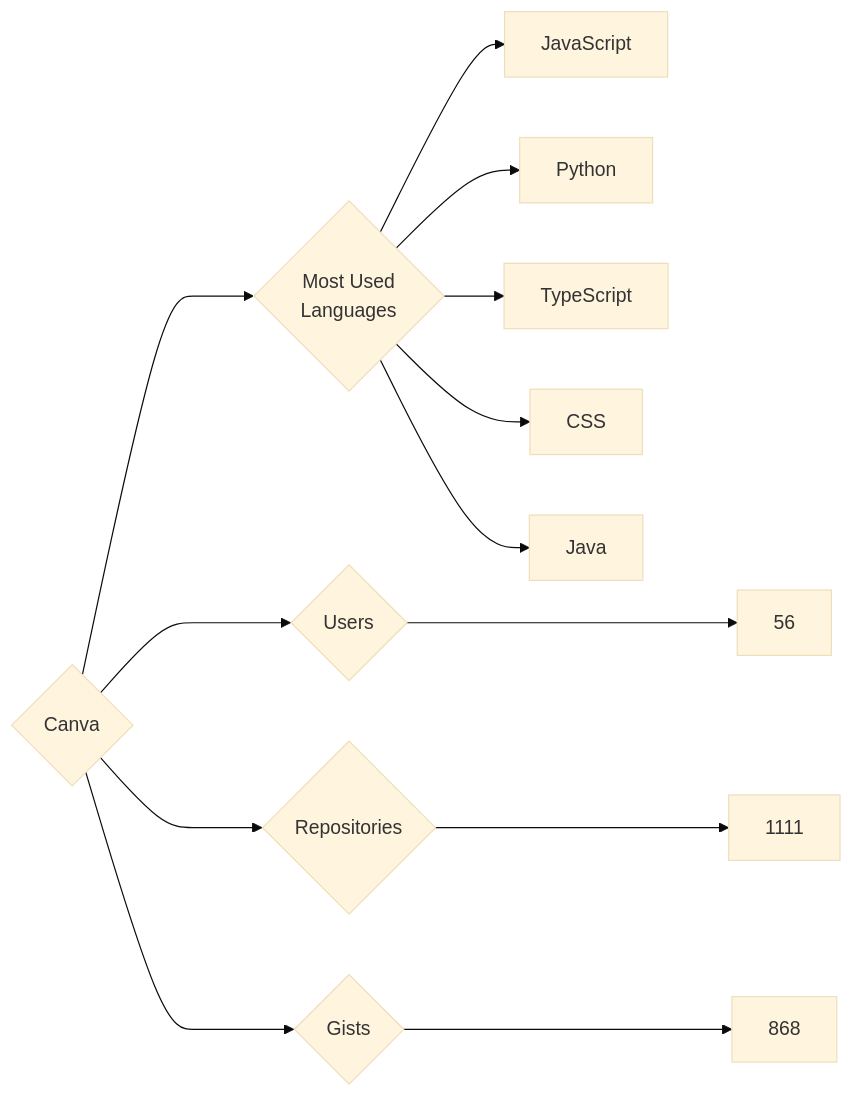
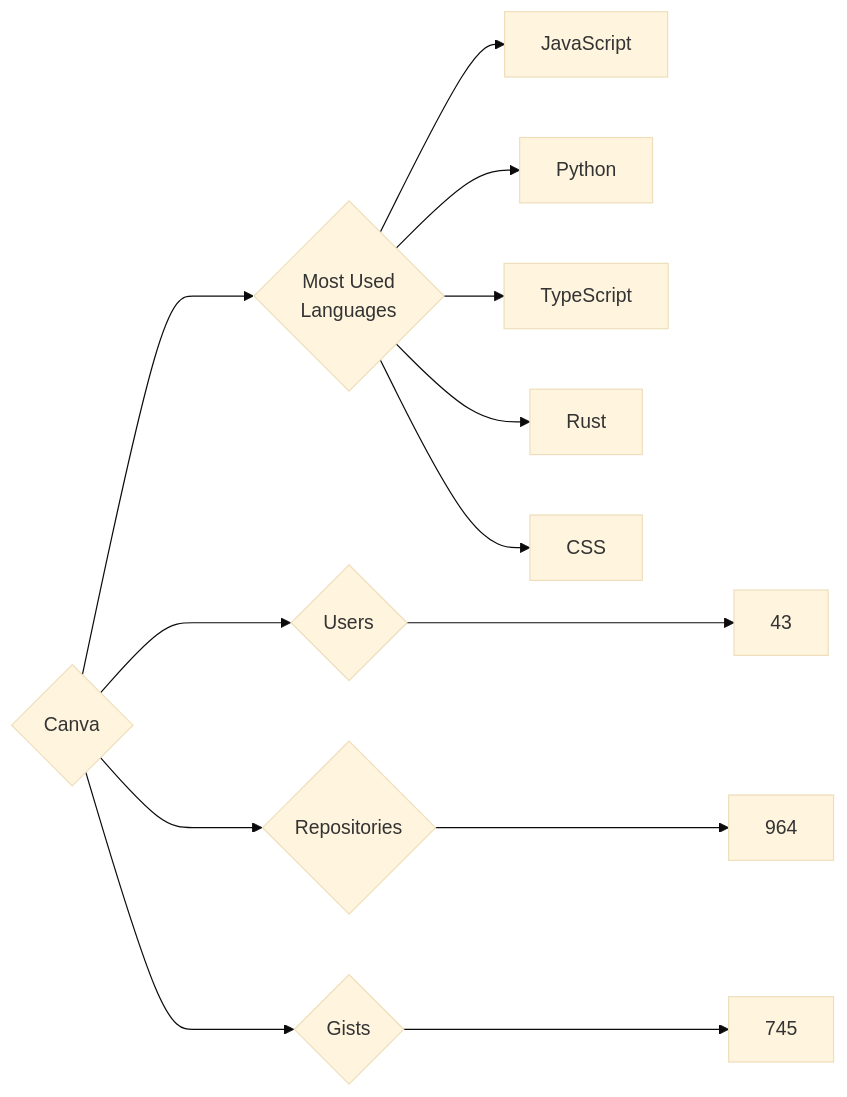
Before and after one commit to trickest/insiders: the diagram in targets/Canva/README.md, drawn with Mermaid (base theme). The commit also changed 826 other files, not shown here.

````diff
--- a/targets/Canva/README.md
+++ b/targets/Canva/README.md
@@ -3,13 +3,13 @@
 ```mermaid
 graph LR
 COMPANY_NAME{Canva}
-COMPANY_NAME ---> U{Users} ---> UN[56]
-COMPANY_NAME ---> R{Repositories} ---> RN[1111]
-COMPANY_NAME ---> G{Gists} ---> GN[868]
+COMPANY_NAME ---> U{Users} ---> UN[43]
+COMPANY_NAME ---> R{Repositories} ---> RN[964]
+COMPANY_NAME ---> G{Gists} ---> GN[745]
 COMPANY_NAME ---> ML{Most Used<br>Languages}
 ML --> JavaScript[JavaScript]
 ML --> Python[Python]
 ML --> TypeScript[TypeScript]
+ML --> Rust[Rust]
 ML --> CSS[CSS]
-ML --> Java[Java]
 ```
````
